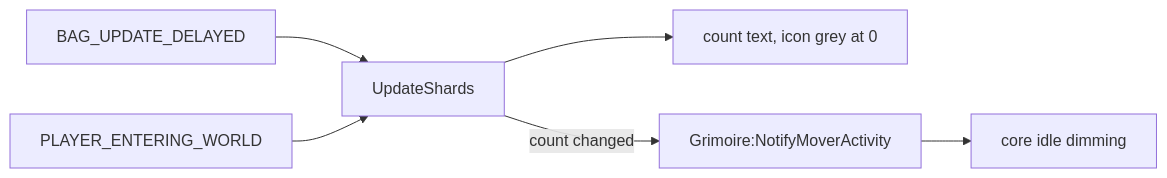
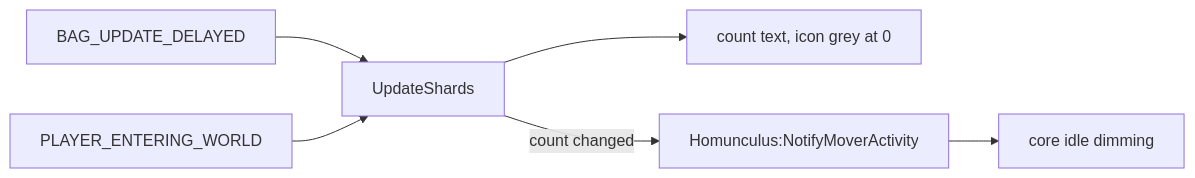
Before and after one commit to PhillypHenning/grimoire: the second of 2 diagrams in docs/features/warlock-resources/README.md, drawn with Mermaid. The commit also changed other lines of this file and 178 other files, not shown here.

First line of the commit message:
Rename the suite from Grimoire to Homunculus (ADR 0010)

````diff
--- a/docs/features/warlock-resources/README.md
+++ b/docs/features/warlock-resources/README.md
@@ -23,7 +23,7 @@
 ```mermaid
 flowchart LR
     E1[BAG_UPDATE_DELAYED] --> US[UpdateShards]
     E2[PLAYER_ENTERING_WORLD] --> US
     US --> W[count text, icon grey at 0]
-    US -- count changed --> N[Grimoire:NotifyMoverActivity] --> Dim[core idle dimming]
+    US -- count changed --> N[Homunculus:NotifyMoverActivity] --> Dim[core idle dimming]
 ```
````
